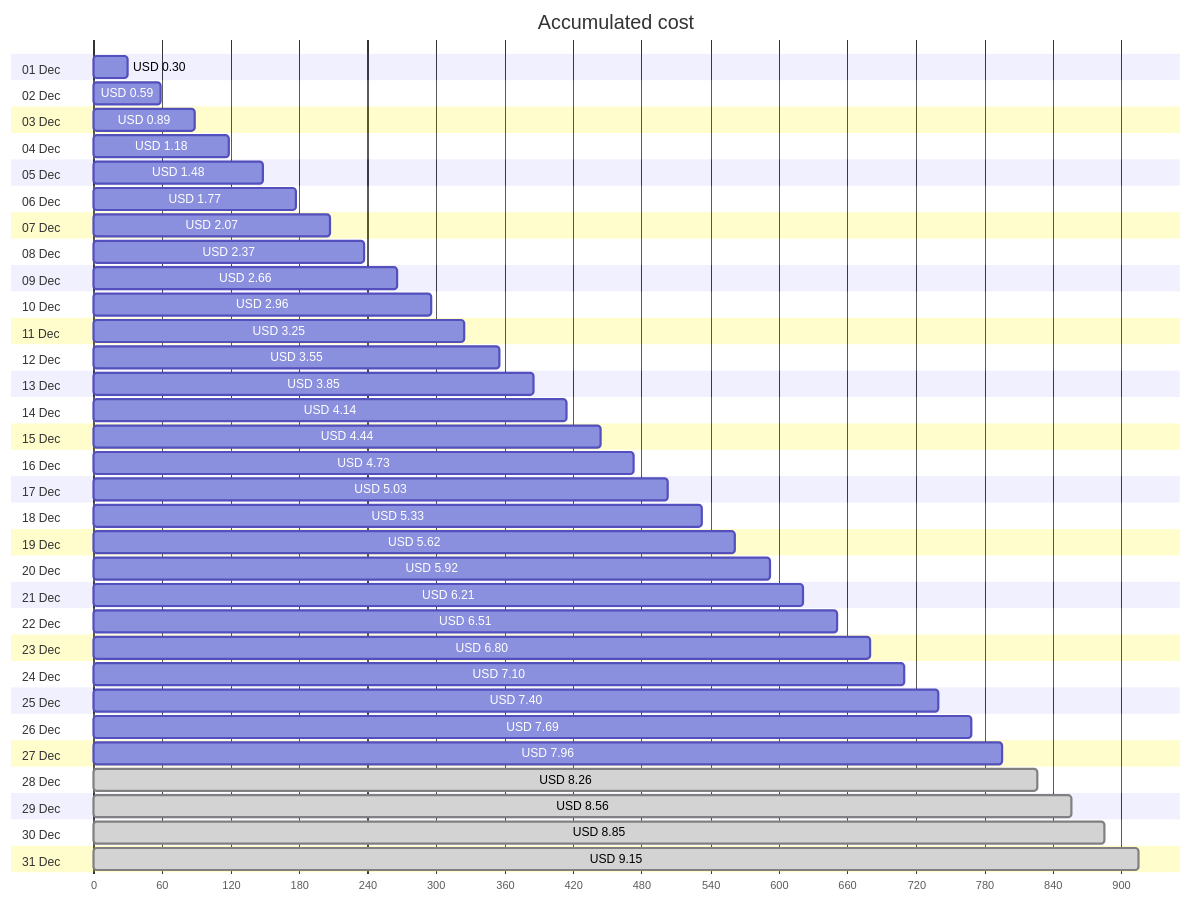
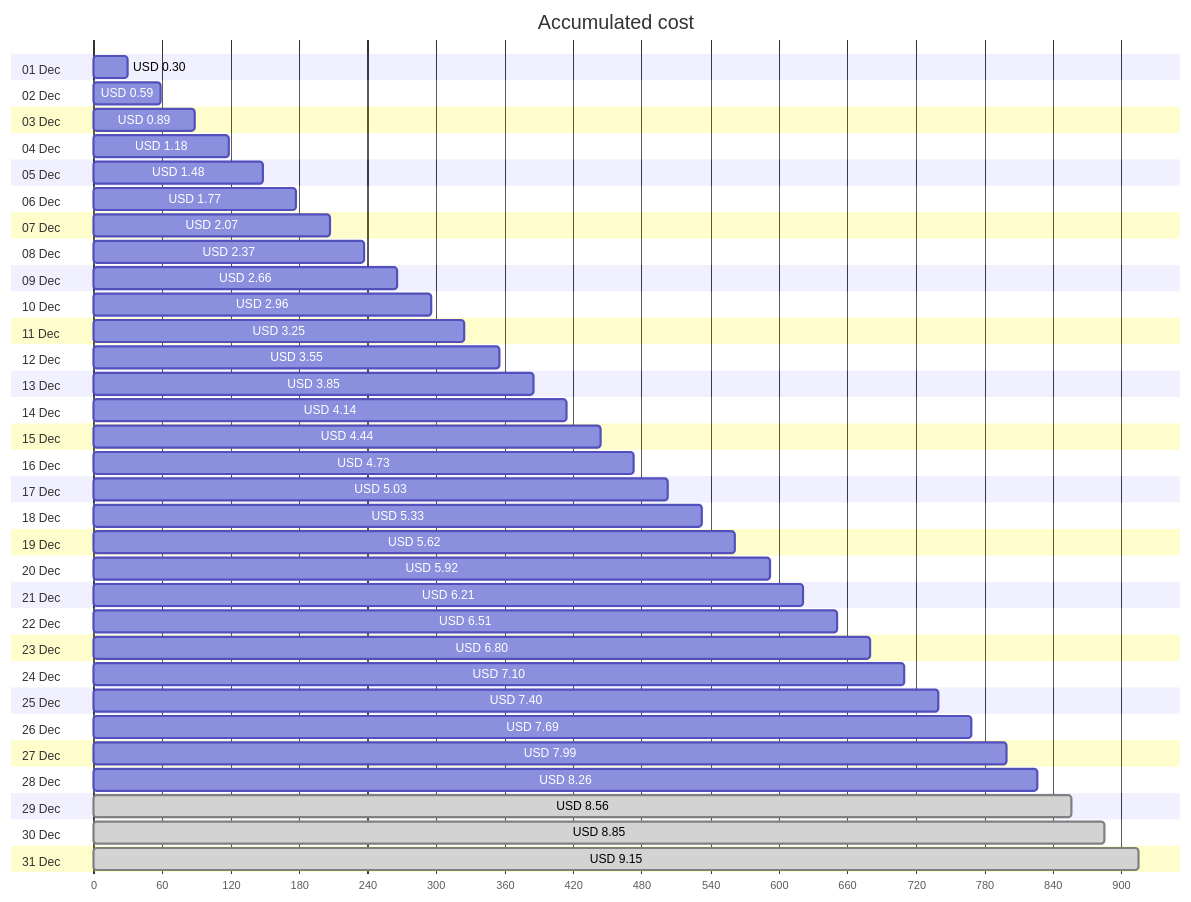
One commit to jpfulton/azure-personal-reports changed the first of 4 diagrams in cost-reports/personal-site/personal-site-preview.md. Above: the diagram before and after it, drawn with Mermaid. The commit also changed other lines of this file and 6 other files, not shown here.

````diff
--- a/cost-reports/personal-site/personal-site-preview.md
+++ b/cost-reports/personal-site/personal-site-preview.md
@@ -20,68 +20,68 @@
 ```mermaid
 gantt
    title Accumulated cost
    dateFormat  X
    axisFormat %s
    section 01 Dec
    USD 0.30 :0, 30
    section 02 Dec
    USD 0.59 :0, 59
    section 03 Dec
    USD 0.89 :0, 89
    section 04 Dec
    USD 1.18 :0, 118
    section 05 Dec
    USD 1.48 :0, 148
    section 06 Dec
    USD 1.77 :0, 177
    section 07 Dec
    USD 2.07 :0, 207
    section 08 Dec
    USD 2.37 :0, 237
    section 09 Dec
    USD 2.66 :0, 266
    section 10 Dec
    USD 2.96 :0, 296
    section 11 Dec
    USD 3.25 :0, 325
    section 12 Dec
    USD 3.55 :0, 355
    section 13 Dec
    USD 3.85 :0, 385
    section 14 Dec
    USD 4.14 :0, 414
    section 15 Dec
    USD 4.44 :0, 444
    section 16 Dec
    USD 4.73 :0, 473
    section 17 Dec
    USD 5.03 :0, 503
    section 18 Dec
    USD 5.33 :0, 533
    section 19 Dec
    USD 5.62 :0, 562
    section 20 Dec
    USD 5.92 :0, 592
    section 21 Dec
    USD 6.21 :0, 621
    section 22 Dec
    USD 6.51 :0, 651
    section 23 Dec
    USD 6.80 :0, 680
    section 24 Dec
    USD 7.10 :0, 710
    section 25 Dec
    USD 7.40 :0, 740
    section 26 Dec
    USD 7.69 :0, 769
    section 27 Dec
-   USD 7.96 :0, 796
+   USD 7.99 :0, 799
    section 28 Dec
-   USD 8.26 : done, 0, 826
+   USD 8.26 :0, 826
    section 29 Dec
    USD 8.56 : done, 0, 856
    section 30 Dec
    USD 8.85 : done, 0, 885
    section 31 Dec
    USD 9.15 : done, 0, 915
 ```
````
